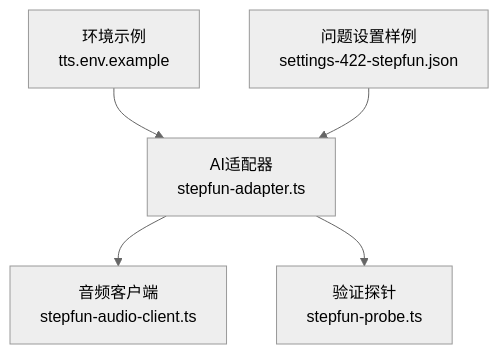
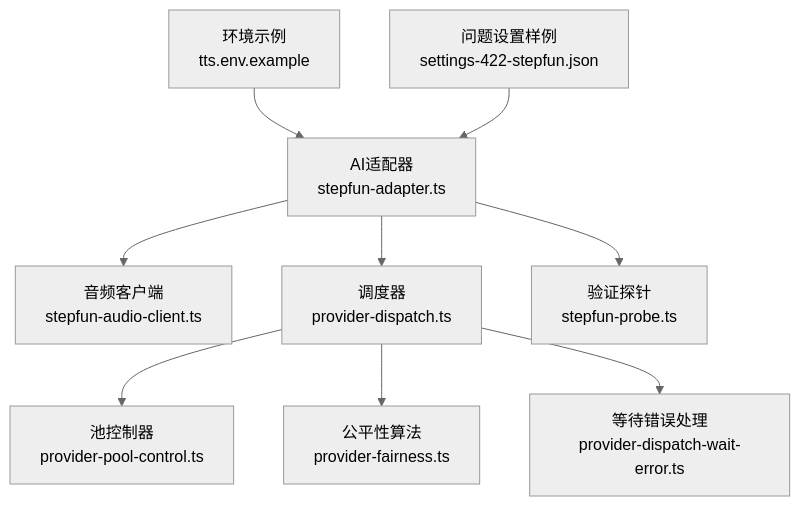
Before and after one commit to scottcwy/PurpleInk: the first of 3 diagrams in .qoder/repowiki/zh/content/AI系统集成/Stepfun适配器.md, drawn with Mermaid (neutral theme). The commit also changed other lines of this file and 23 other files, not shown here.

````diff
--- a/.qoder/repowiki/zh/content/AI系统集成/Stepfun适配器.md
+++ b/.qoder/repowiki/zh/content/AI系统集成/Stepfun适配器.md
@@ -37,7 +54,11 @@
 ```mermaid
 graph TB
 A["AI适配器<br/>stepfun-adapter.ts"] --> B["音频客户端<br/>stepfun-audio-client.ts"]
-A --> C["验证探针<br/>stepfun-probe.ts"]
-D["环境示例<br/>tts.env.example"] --> A
-E["问题设置样例<br/>settings-422-stepfun.json"] --> A
+A --> C["调度器<br/>provider-dispatch.ts"]
+C --> D["池控制器<br/>provider-pool-control.ts"]
+C --> E["公平性算法<br/>provider-fairness.ts"]
+C --> F["等待错误处理<br/>provider-dispatch-wait-error.ts"]
+A --> G["验证探针<br/>stepfun-probe.ts"]
+H["环境示例<br/>tts.env.example"] --> A
+I["问题设置样例<br/>settings-422-stepfun.json"] --> A
 ```
````
